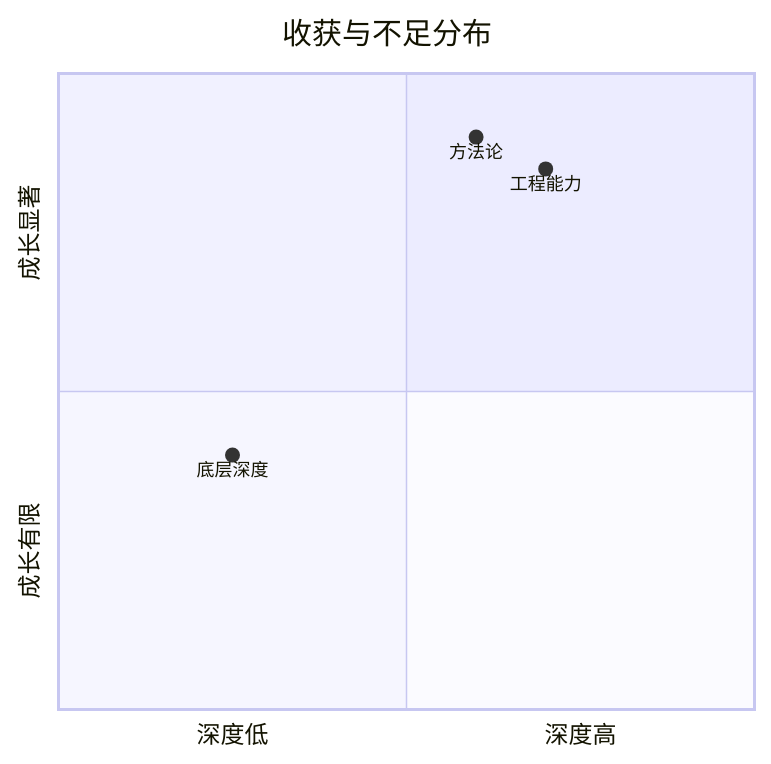
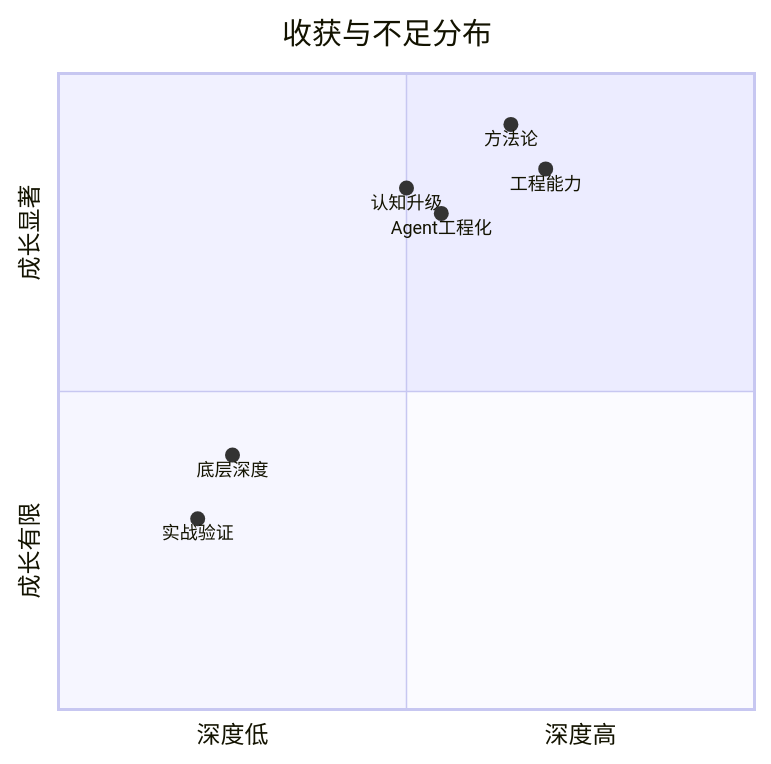
Before and after one commit to int2t05/internship: diagram 12 of 13 in manuscript.md, drawn with Mermaid. The commit also changed other lines of this file and 2 other files, not shown here.

````diff
--- a/manuscript.md
+++ b/manuscript.md
@@ -461,9 +464,12 @@
 ```mermaid
 quadrantChart
     title 收获与不足分布
     x-axis "深度低" --> "深度高"
     y-axis "成长有限" --> "成长显著"
     "工程能力": [0.7, 0.85]
-    "方法论": [0.6, 0.9]
+    "方法论": [0.65, 0.92]
+    "Agent工程化": [0.55, 0.78]
+    "认知升级": [0.5, 0.82]
     "底层深度": [0.25, 0.4]
+    "实战验证": [0.2, 0.3]
 ```
````
